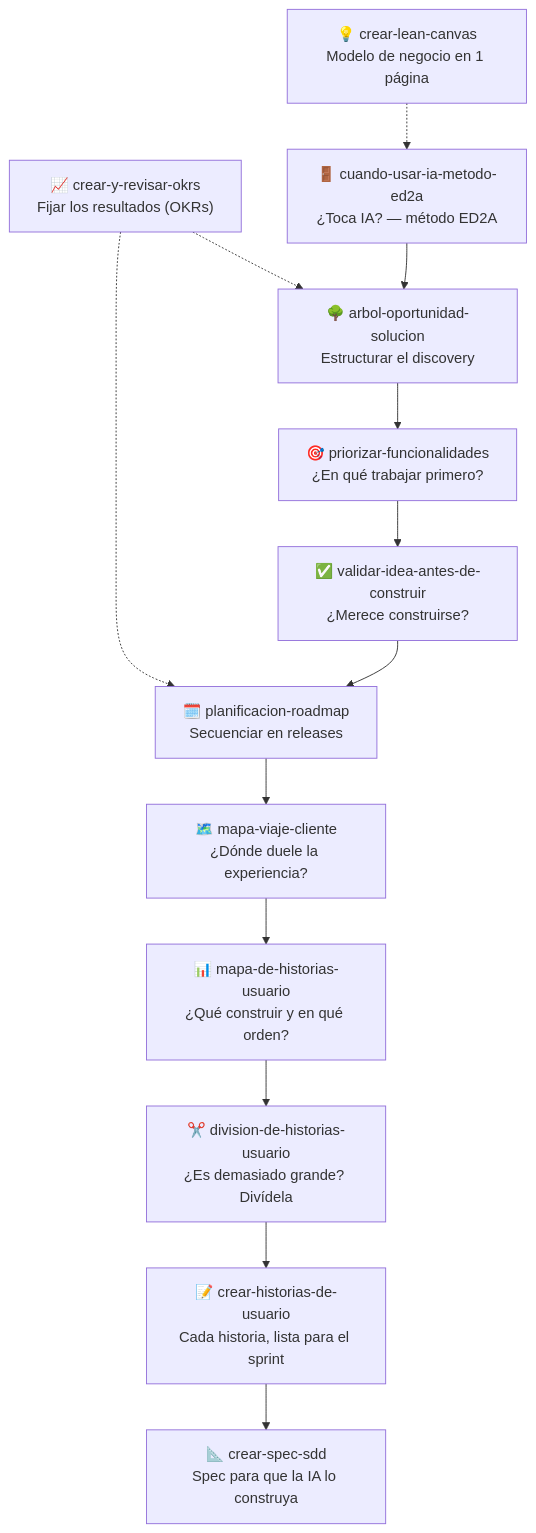
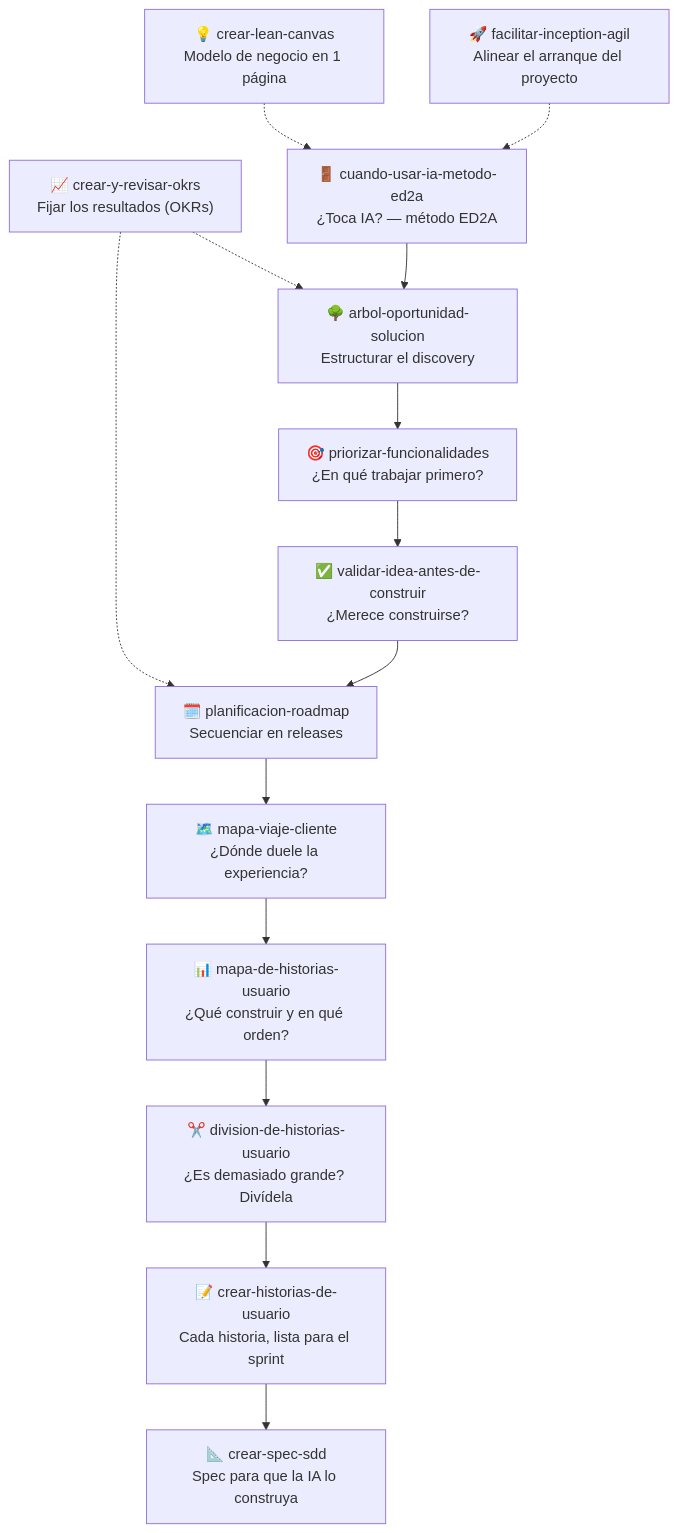
Before and after one commit to javier-garzas/ia-product-management: the diagram in README.md, drawn with Mermaid. The commit also changed other lines of this file and 1 other file, not shown here.

Commit message:
Anade la skill facilitar-inception-agil (The Agile Samurai) y sube contador a 15

````diff
--- a/README.md
+++ b/README.md
@@ -32,19 +32,21 @@
 ```mermaid
 flowchart TD
     LC["💡 crear-lean-canvas<br/>Modelo de negocio en 1 página"]
+    IN["🚀 facilitar-inception-agil<br/>Alinear el arranque del proyecto"]
     OK["📈 crear-y-revisar-okrs<br/>Fijar los resultados (OKRs)"]
     A["🚪 cuando-usar-ia-metodo-ed2a<br/>¿Toca IA? — método ED2A"]
     T["🌳 arbol-oportunidad-solucion<br/>Estructurar el discovery"]
     P["🎯 priorizar-funcionalidades<br/>¿En qué trabajar primero?"]
     B["✅ validar-idea-antes-de-construir<br/>¿Merece construirse?"]
     R["🗓️ planificacion-roadmap<br/>Secuenciar en releases"]
     C["🗺️ mapa-viaje-cliente<br/>¿Dónde duele la experiencia?"]
     D["📊 mapa-de-historias-usuario<br/>¿Qué construir y en qué orden?"]
     G["✂️ division-de-historias-usuario<br/>¿Es demasiado grande? Divídela"]
     E["📝 crear-historias-de-usuario<br/>Cada historia, lista para el sprint"]
     F["📐 crear-spec-sdd<br/>Spec para que la IA lo construya"]
     LC -.-> A
+    IN -.-> A
     OK -.-> T
     OK -.-> R
     A --> T --> P --> B --> R --> C --> D --> G --> E --> F
 ```
````
